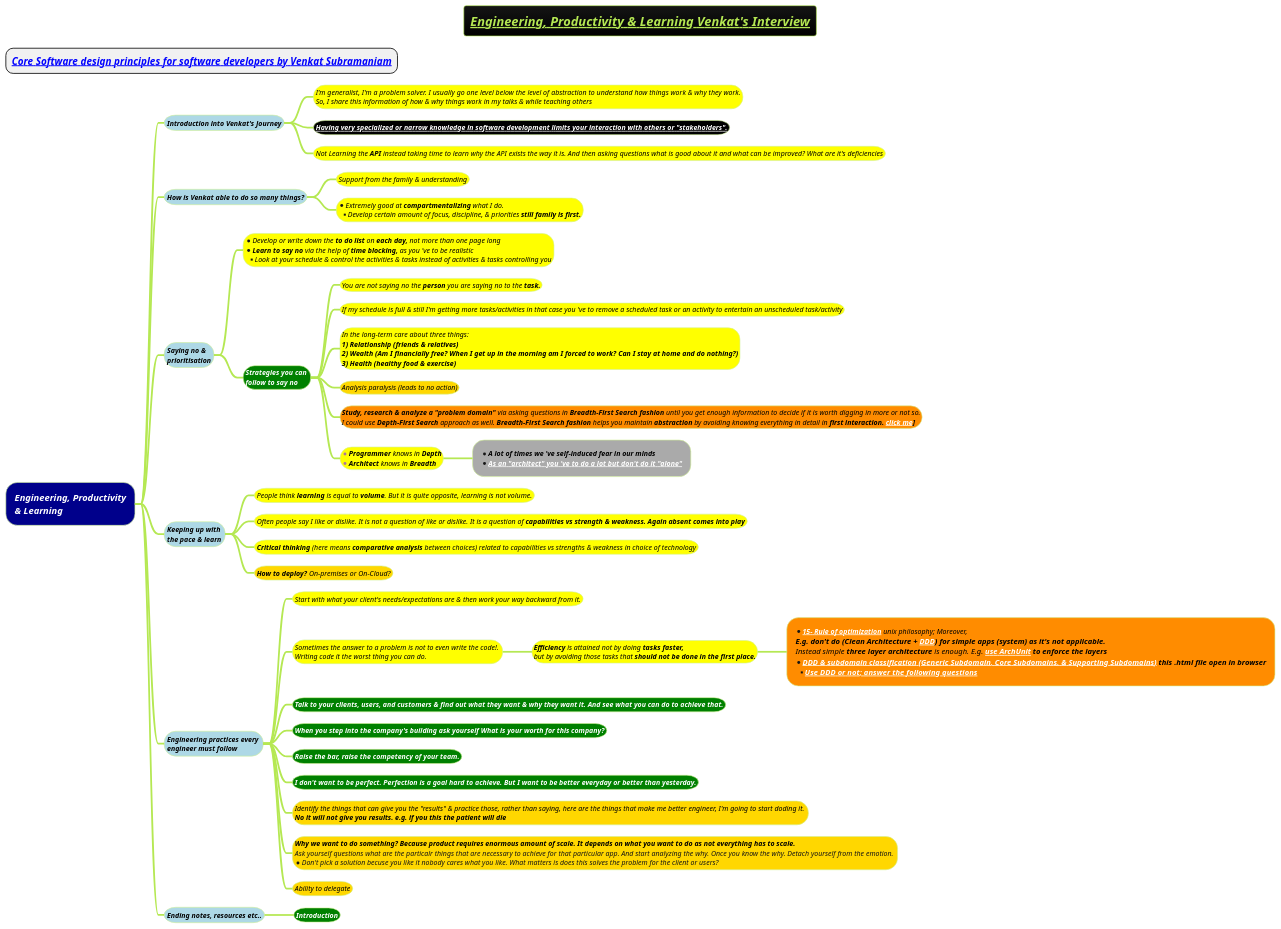
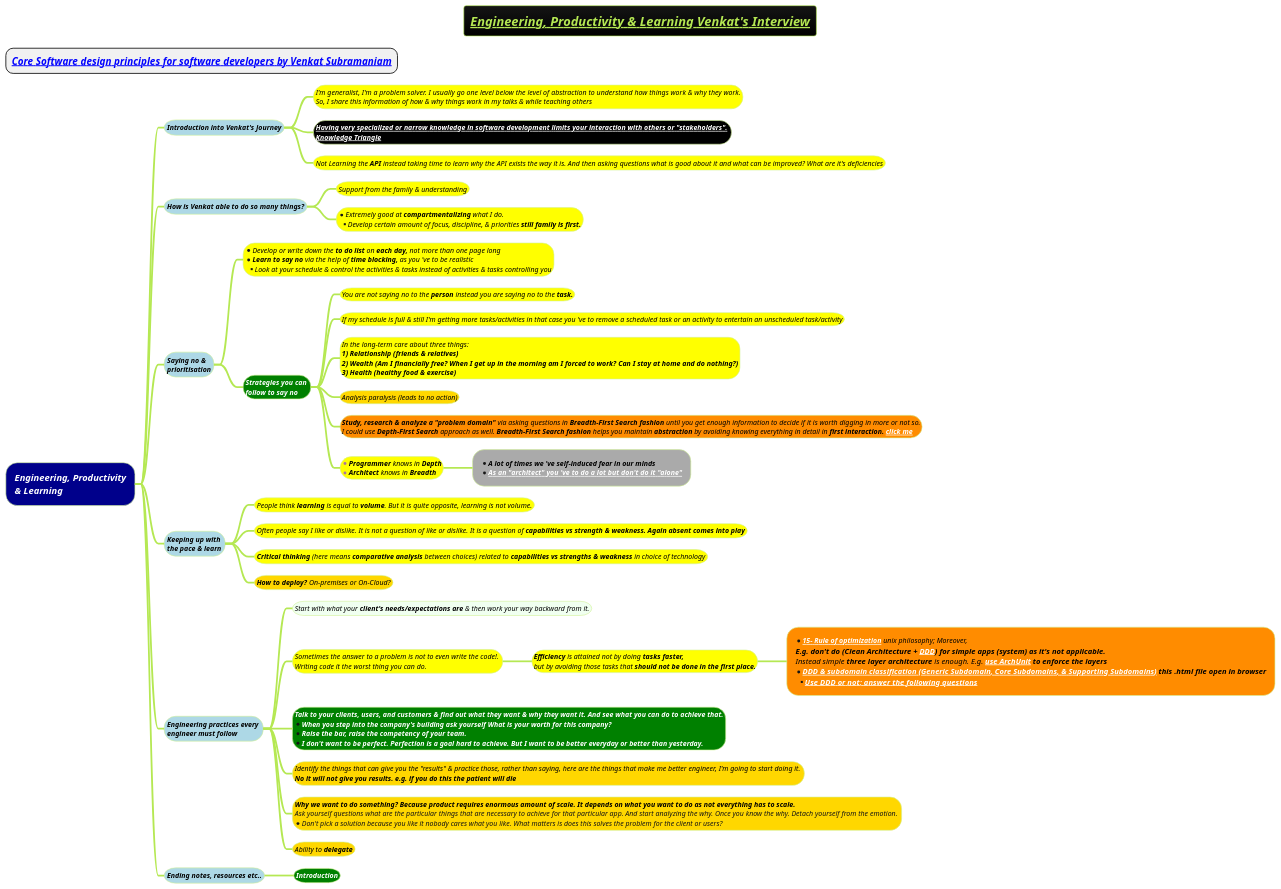
Before and after one commit to MehmoodHashmi/Documentation-as-Code-DaC: the diagram in docs/3-programming-languages/Venkat-Subramaniam/Engineering-Productivity-and-Learning.puml, drawn with PlantUML.

```diff
--- a/docs/3-programming-languages/Venkat-Subramaniam/Engineering-Productivity-and-Learning.puml
+++ b/docs/3-programming-languages/Venkat-Subramaniam/Engineering-Productivity-and-Learning.puml
@@ -1,65 +1,65 @@
 @startmindmap
 title =<i><b><u><size:18>Engineering, Productivity & Learning Venkat's Interview
 
 * ===<i><b>[[docs/3-programming-languages/Venkat-Subramaniam/Core-Software-design-principles-for-software-developers.puml Core Software design principles for software developers by Venkat Subramaniam]]
 !theme hacker
 
 *[#darkblue] <color:white><i>Engineering, Productivity\n<color:white><i>& Learning
 **[#lightblue] <i><color #black><size:12>Introduction into Venkat's Journey
 ***[#yellow]:<i><color #black><size:12>I'm generalist, I'm a problem solver. I usually go one level below the level of abstraction to understand how things work & why they work.
 <i><color #black><size:12>So, I share this information of how & why things work in my talks & while teaching others;
-***[#black] <b><i><color #black><size:12>[[docs/3-programming-languages/Venkat-Subramaniam/images/img_396.png Having very specialized or narrow knowledge in software development limits your interaction with others or "stakeholders".]]
+***[#black] <b><i><color #black><size:12>[[docs/3-programming-languages/Venkat-Subramaniam/images/img_396.png Having very specialized or narrow knowledge in software development limits your interaction with others or "stakeholders".]] \n<b><i><color #black><size:12>[[docs/3-programming-languages/Venkat-Subramaniam/images/img_245.png Knowledge Triangle]]
 ***[#yellow] <i><color #black><size:12>Not Learning the **API** instead taking time to learn why the API exists the way it is. And then asking questions what is good about it and what can be improved? What are it's deficiencies
 
 **[#lightblue] <i><color #black><size:12>How is Venkat able to do so many things?
 ***[#yellow] <i><color #black><size:12>Support from the family & understanding
 ***[#yellow] *<i><color #black><size:12>Extremely good at **compartmentalizing** what I do. \n**<i><color #black><size:12>Develop certain amount of focus, discipline, & priorities <b>still family is first.
 
 
 **[#lightblue] <i><color #black><size:12>Saying no & \n<i><color #black><size:12>prioritisation
 ***[#yellow]:*<i><color #black><size:12>Develop or write down the **to do list** on **each day,** not more than one page long
 *<i><color #black><size:12>**Learn to say no** via the help of **time blocking,** as you 've to be realistic
 **<i><color #black><size:12>Look at your schedule & control the activities & tasks instead of activities & tasks controlling you;
 ***[#green] <i><color #white><b><size:12>Strategies you can \n<i><color #white><b><size:12>follow to say no
-****[#yellow] <i><color #black><size:12>You are not saying no the **person** you are saying no to the <b>task.
+****[#yellow] <i><color #black><size:12>You are not saying no to the **person** instead you are saying no to the <b>task.
 ****[#yellow] <i><color #black><size:12>If my schedule is full & still I'm getting more tasks/activities in that case you 've to remove a scheduled task or an activity to entertain an unscheduled task/activity
 
 ****[#yellow]:<i><color #black><size:12>In the long-term care about three things:
 <i><color #black><size:12><b>1) Relationship (friends & relatives)
 <i><color #black><size:12><b>2) Wealth (Am I financially free? When I get up in the morning am I forced to work? Can I stay at home and do nothing?)
 <i><color #black><size:12><b>3) Health (healthy food & exercise);
 ****[#gold] <i><color #black><size:12>Analysis paralysis (leads to no action)
 
 ****[#darkorange]:<i><color #black><size:12>**Study, research & analyze a "problem domain"** via asking questions in **Breadth-First Search fashion** until you get enough information to decide if it is worth digging in more or not so.
-<i><color #black><size:12>I could use **Depth-First Search** approach as well. **Breadth-First Search fashion** helps you maintain **abstraction** by avoiding knowing everything in detail in <b>first interaction. [[docs/3-programming-languages/Venkat-Subramaniam/images/img_245.png click me]]];
+<i><color #black><size:12>I could use **Depth-First Search** approach as well. **Breadth-First Search fashion** helps you maintain **abstraction** by avoiding knowing everything in detail in <b>first interaction. [[docs/3-programming-languages/Venkat-Subramaniam/images/img_245.png click me]];
 ****[#yellow] *<i><color #black><size:12>**Programmer** knows in <b>Depth \n*<i><color #black><size:12>**Architect** knows in <b>Breadth
 *****[#a] *<b><i><color #black><size:12>A lot of times we 've self-induced fear in our minds \n*<i><color #black><size:12><b>[[docs/3-programming-languages/Venkat-Subramaniam/images/img_431.png As an  "architect" you 've to do a lot but don't do it "alone"]]
 
 
 **[#lightblue] <i><color #black><size:12>Keeping up with \n<i><color #black><size:12>the pace & learn
 ***[#yellow] <i><color #black><size:12>People think **learning** is equal to **volume**. But it is quite opposite, learning is not volume.
 ***[#yellow] <i><color #black><size:12>Often people say I like or dislike. It is not a question of like or dislike. It is a question of <b>capabilities vs strength & weakness. Again absent comes into play
-***[#yellow] <i><color #black><size:12>**Critical thinking** (here means **comparative analysis** between choices) related to capabilities vs strengths & weakness in choice of technology
+***[#yellow] <i><color #black><size:12>**Critical thinking** (here means **comparative analysis** between choices) related to **capabilities vs strengths & weakness** in choice of technology
 ***[#gold] <i><color #black><size:12>**How to deploy?** On-premises or On-Cloud?
 **[#lightblue] <i><color #black><size:12>Engineering practices every \n<i><color #black><size:12>engineer must follow
-***[#yellow] <i><color #black><size:12>Start with what your client's needs/expectations are & then work your way backward from it.
+***[#honeydew] <i><color #black><size:12>Start with what your **client's needs/expectations are** & then work your way backward from it.
 ***[#yellow] <i><color #black><size:12>Sometimes the answer to a problem is not to even write the code!. \n<i><color #black><size:12>Writing code it the worst thing you can do.
 ****[#yellow] <i><color #black><size:12><b>Efficiency</b> is attained not by doing <b>tasks faster,\n<i><color #black><size:12>but by avoiding those tasks that <b>should not be done in the first place.
 *****[#darkorange]:*<i><color #black><size:12>**[[docs/3-programming-languages/Venkat-Subramaniam/Unix-Philosophy.puml 15- Rule of optimization]]** unix philosophy; Moreover,
 <i><color #black><size:13><b>E.g. don't do (Clean Architecture + [[docs/3-programming-languages/Venkat-Subramaniam/images/img_55.jpg DDD]]) for simple apps (system) as it's not applicable.
 <i><color #black><size:13>Instead simple **three layer architecture** is enough. E.g. <b>[[docs/3-programming-languages/clean-architecture/archunit.adoc use ArchUnit]] to enforce the layers
 *<i><color #black><size:13><b>[[docs/3-programming-languages/Venkat-Subramaniam/gif/DDD-and-subdomain-classification.html DDD & subdomain classification (Generic Subdomain, Core Subdomains, & Supporting Subdomains)]] this .html file open in browser
 **<i><color #black><size:13><b>[[docs/3-programming-languages/Venkat-Subramaniam/images/DDD-and-questions.drawio.png Use DDD or not; answer the following  questions]];
-***[#green] <i><color #white><b><size:12>Talk to your clients, users, and customers & find out what they want & why they want it. And see what you can do to achieve that.
-***[#green] <i><color #white><b><size:12>When you step into the company's building ask yourself What is your worth for this company?
-***[#green] <i><color #white><b><size:12>Raise the bar, raise the competency of your team.
-***[#green] <i><color #white><b><size:12>I don't want to be perfect. Perfection is a goal hard to achieve. But I want to be better everyday or better than yesterday.
-***[#gold] <i><color #black><size:12>Identify the things that can give you the "results" & practice those, rather than saying, here are the things that make me better engineer, I'm going to start doding it. \n<i><color #black><b><size:12>No it will not give you results. e.g. if you this the patient will die
-***[#gold] <i><color #black><b><size:12>Why we want to do something? Because product requires enormous amount of scale. It depends on what you want to do as not everything has to scale. \n<i>Ask yourself questions what are the particalr things that are necessary to achieve for that particular app. And start analyzing the why. Once you know the why. Detach yourself from the emotion. \n*<i>Don't pick a solution becuse you like it nobody cares what you like. What matters is does this solves the problem for the client or users?
-***[#gold] <i><color #black><size:12>Ability to delegate
+***[#green]:<i><color #white><b><size:12>Talk to your clients, users, and customers & find out what they want & why they want it. And see what you can do to achieve that.
+*<i><color #white><b><size:12>When you step into the company's building ask yourself What is your worth for this company?
+*<i><color #white><b><size:12>Raise the bar, raise the competency of your team.
+*<i><color #white><b><size:12>I don't want to be perfect. Perfection is a goal hard to achieve. But I want to be better everyday or better than yesterday.;
+***[#gold] <i><color #black><size:12>Identify the things that can give you the "results" & practice those, rather than saying, here are the things that make me better engineer, I'm going to start doing it. \n<i><color #black><b><size:12>No it will not give you results. e.g. if you do this the patient will die
+***[#gold] <i><color #black><b><size:12>Why we want to do something? Because product requires enormous amount of scale. It depends on what you want to do as not everything has to scale. \n<i>Ask yourself questions what are the particular things that are necessary to achieve for that particular app. And start analyzing the why. Once you know the why. Detach yourself from the emotion. \n*<i>Don't pick a solution because you like it nobody cares what you like. What matters is does this solves the problem for the client or users?
+***[#gold] <i><color #black><size:12>Ability to <b>delegate
 
 **[#lightblue] <i><color #black><size:12>Ending notes, resources etc..
 
 ***[#green] <i><color #white><b><size:12>Introduction
 
 @endmindmap
```
